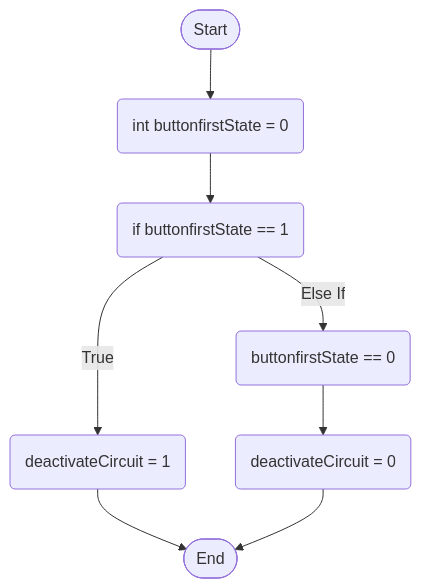
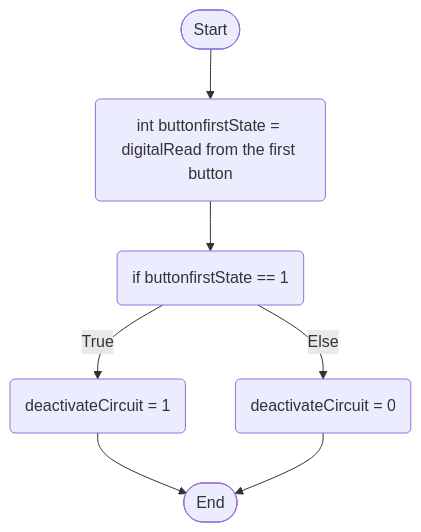
Before and after one commit to 4060269/SmartWorkstationAssessment3: the diagram in Flowcharts/firstButtonLogic.md, drawn with Mermaid.

````diff
--- a/Flowcharts/firstButtonLogic.md
+++ b/Flowcharts/firstButtonLogic.md
@@ -3,18 +3,16 @@
 ```mermaid
 flowchart TD
 terminalStart([Start])
 terminalEnd([End])
-setbuttonValue(int buttonfirstState = 0)
+setbuttonValue(int buttonfirstState = digitalRead from the first button)
 activateButton0(if buttonfirstState == 1)
 activateButton1(deactivateCircuit = 1)
-activateButton2(buttonfirstState == 0)
-activateButton3(deactivateCircuit = 0)
+activateButton2(deactivateCircuit = 0)
    
 terminalStart --> setbuttonValue
 setbuttonValue --> activateButton0
 activateButton0 --> |True| activateButton1
-activateButton0 --> |Else If| activateButton2
+activateButton0 --> |Else| activateButton2
 activateButton1 --> terminalEnd
-activateButton2 --> activateButton3
-activateButton3 --> terminalEnd
+activateButton2 --> terminalEnd
 ```
````
